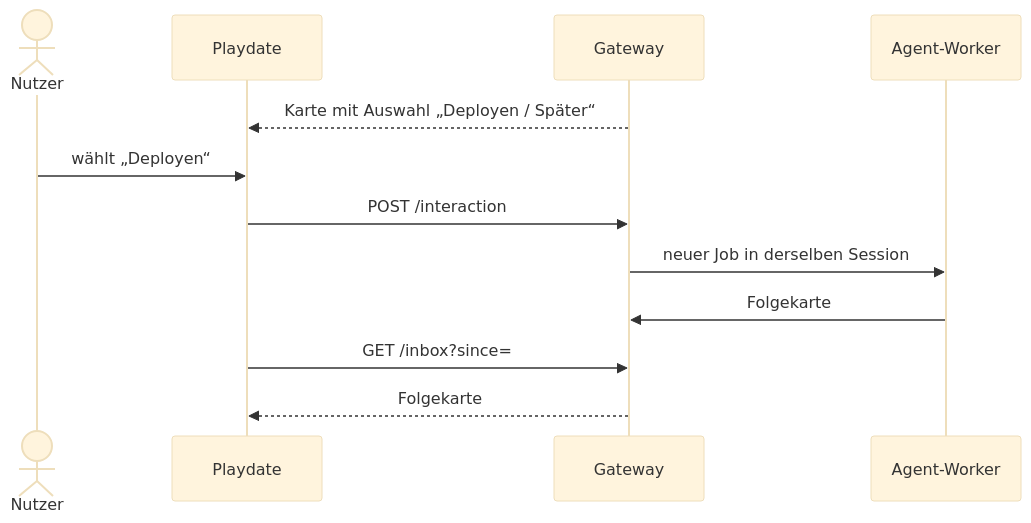
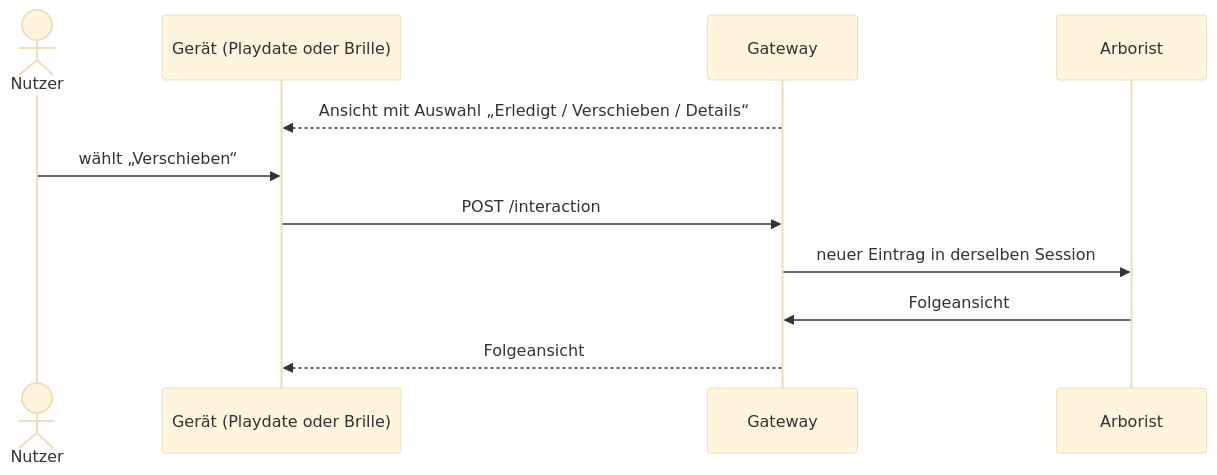
Before and after one commit to merlinbecker/playdate-claude-client: the eighth of 11 diagrams in docs/arc42.md, drawn with Mermaid (base theme). The commit also changed other lines of this file and 2 other files, not shown here.

First line of the commit message:
docs: README und arc42 als Gesamtbild von Arborist

````diff
--- a/docs/arc42.md
+++ b/docs/arc42.md
@@ -215,14 +271,13 @@
 ```mermaid
 sequenceDiagram
     actor N as Nutzer
-    participant P as Playdate
+    participant D as Gerät (Playdate oder Brille)
     participant G as Gateway
-    participant A as Agent-Worker
-    G-->>P: Karte mit Auswahl „Deployen / Später“
-    N->>P: wählt „Deployen“
-    P->>G: POST /interaction
-    G->>A: neuer Job in derselben Session
-    A->>G: Folgekarte
-    P->>G: GET /inbox?since=
-    G-->>P: Folgekarte
+    participant A as Arborist
+    G-->>D: Ansicht mit Auswahl „Erledigt / Verschieben / Details“
+    N->>D: wählt „Verschieben“
+    D->>G: POST /interaction
+    G->>A: neuer Eintrag in derselben Session
+    A->>G: Folgeansicht
+    G-->>D: Folgeansicht
 ```
````
